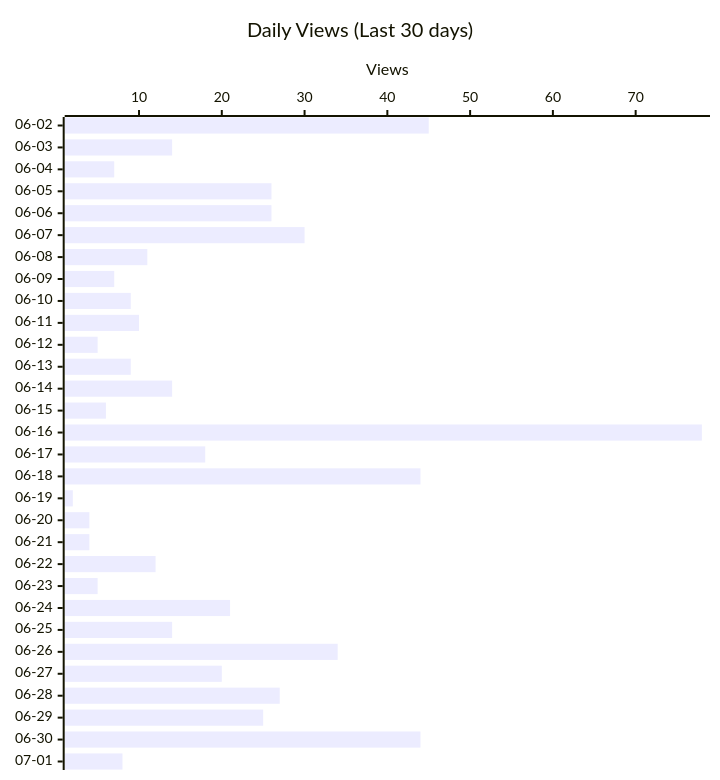
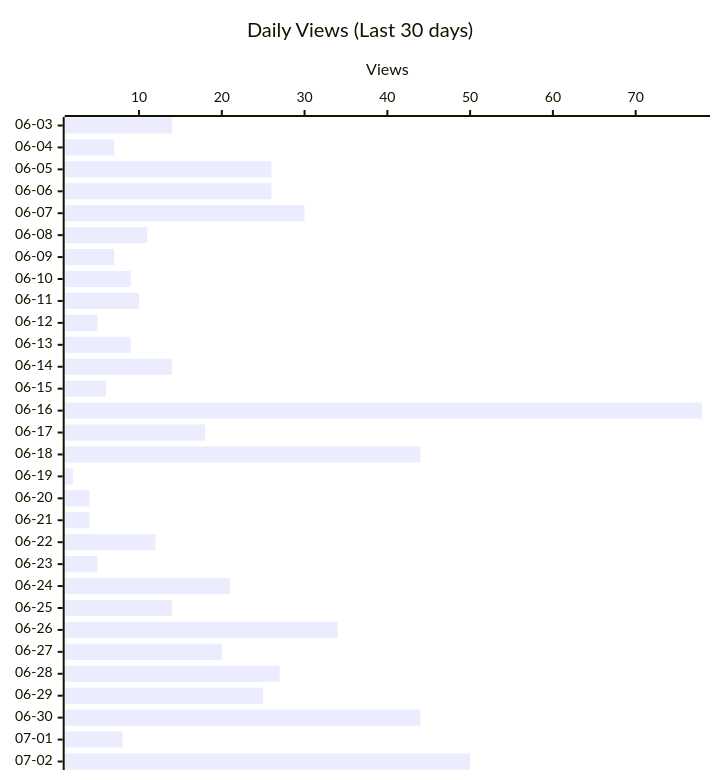
Before and after one commit to shigechika/github-insights: the second of 3 diagrams in README.md, drawn with Mermaid. The commit also changed other lines of this file and 2 other files, not shown here.

````diff
--- a/README.md
+++ b/README.md
@@ -28,12 +28,12 @@
 ```mermaid
 ---
 config:
   xyChart:
     height: 760
 ---
 xychart-beta horizontal
     title "Daily Views (Last 30 days)"
-    x-axis ["06-02", "06-03", "06-04", "06-05", "06-06", "06-07", "06-08", "06-09", "06-10", "06-11", "06-12", "06-13", "06-14", "06-15", "06-16", "06-17", "06-18", "06-19", "06-20", "06-21", "06-22", "06-23", "06-24", "06-25", "06-26", "06-27", "06-28", "06-29", "06-30", "07-01"]
+    x-axis ["06-03", "06-04", "06-05", "06-06", "06-07", "06-08", "06-09", "06-10", "06-11", "06-12", "06-13", "06-14", "06-15", "06-16", "06-17", "06-18", "06-19", "06-20", "06-21", "06-22", "06-23", "06-24", "06-25", "06-26", "06-27", "06-28", "06-29", "06-30", "07-01", "07-02"]
     y-axis "Views"
-    bar [45, 14, 7, 26, 26, 30, 11, 7, 9, 10, 5, 9, 14, 6, 78, 18, 44, 2, 4, 4, 12, 5, 21, 14, 34, 20, 27, 25, 44, 8]
+    bar [14, 7, 26, 26, 30, 11, 7, 9, 10, 5, 9, 14, 6, 78, 18, 44, 2, 4, 4, 12, 5, 21, 14, 34, 20, 27, 25, 44, 8, 50]
 ```
````
